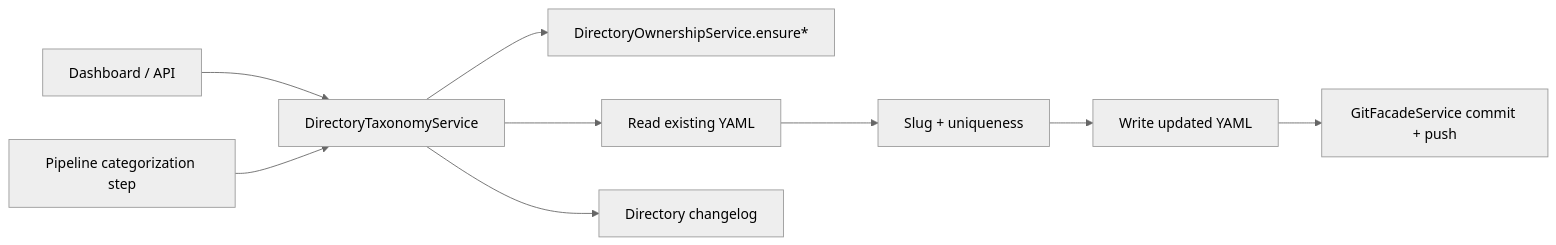
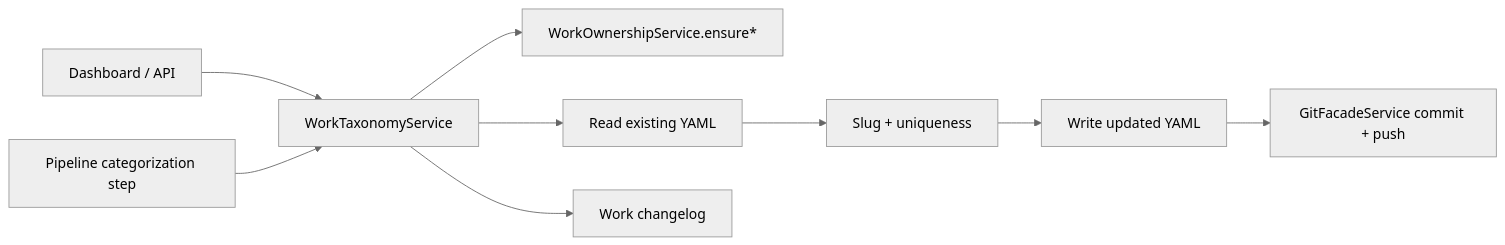
One commit to ever-works/ever-works changed the diagram in docs/specs/features/taxonomy-system/plan.md. Above: the diagram before and after it, drawn with Mermaid (neutral theme). The commit also changed other lines of this file and 395 other files, not shown here.

````diff
--- a/docs/specs/features/taxonomy-system/plan.md
+++ b/docs/specs/features/taxonomy-system/plan.md
@@ -12,11 +12,11 @@
 ```mermaid
 flowchart LR
-    UI[Dashboard / API] --> Svc[DirectoryTaxonomyService]
+    UI[Dashboard / API] --> Svc[WorkTaxonomyService]
     AI[Pipeline categorization step] --> Svc
-    Svc --> Role[DirectoryOwnershipService.ensure*]
+    Svc --> Role[WorkOwnershipService.ensure*]
     Svc --> Read[Read existing YAML]
     Read --> Validate[Slug + uniqueness]
     Validate --> Write[Write updated YAML]
     Write --> Git[GitFacadeService commit + push]
-    Svc --> Changelog[Directory changelog]
+    Svc --> Changelog[Work changelog]
 ```
````
